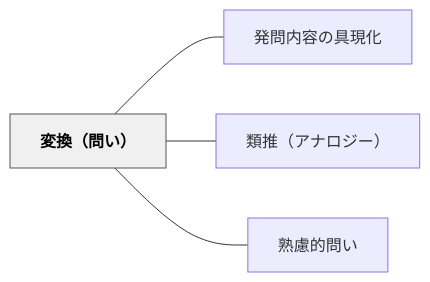
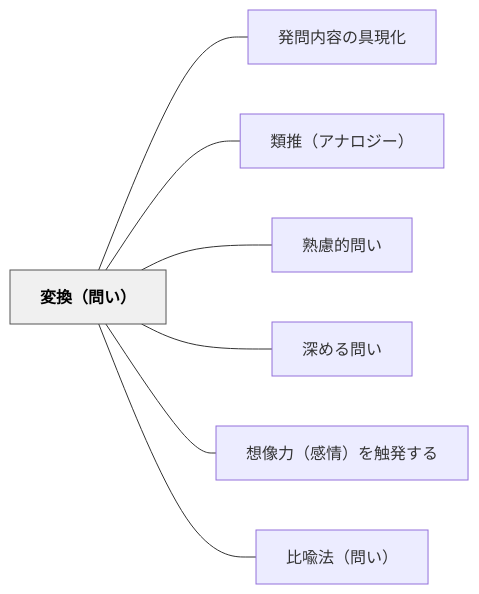
One commit to unknownthings-ed-patterns/unknownthings-ed-patterns changed the diagram in content/パタン/変換（問い）.md. Above: the diagram before and after it, drawn with Mermaid. The commit also changed other lines of this file and 71 other files, not shown here.

````diff
--- a/content/パタン/変換（問い）.md
+++ b/content/パタン/変換（問い）.md
@@ -46,14 +49,20 @@
 ```mermaid
 flowchart LR
     ne5a489e68f9befbc88e5958fe38184efbc89["変換（問い）"]
     ne799bae5958fe58685e5aeb9e381aee585b7e78fbee58c96["発問内容の具現化"]
     ne9a19ee68ea8efbc88e382a2e3838ae383ade382b8e383bcefbc89["類推（アナロジー）"]
     ne7869fe685aee79a84e5958fe38184["熟慮的問い"]
+    ne6b7b1e38281e3828be5958fe38184["深める問い"]
+    ne683b3e5838fe58a9befbc88e6849fe68385efbc89e38292e8a7a6e799bae38199e3828b["想像力（感情）を触発する"]
+    ne6af94e596a9e6b395efbc88e5958fe38184efbc89["比喩法（問い）"]
 
     ne5a489e68f9befbc88e5958fe38184efbc89 --- ne799bae5958fe58685e5aeb9e381aee585b7e78fbee58c96
     ne5a489e68f9befbc88e5958fe38184efbc89 --- ne9a19ee68ea8efbc88e382a2e3838ae383ade382b8e383bcefbc89
     ne5a489e68f9befbc88e5958fe38184efbc89 --- ne7869fe685aee79a84e5958fe38184
+    ne5a489e68f9befbc88e5958fe38184efbc89 --- ne6b7b1e38281e3828be5958fe38184
+    ne5a489e68f9befbc88e5958fe38184efbc89 --- ne683b3e5838fe58a9befbc88e6849fe68385efbc89e38292e8a7a6e799bae38199e3828b
+    ne5a489e68f9befbc88e5958fe38184efbc89 --- ne6af94e596a9e6b395efbc88e5958fe38184efbc89
 
     classDef hub fill:#f0f0f0,stroke:#555,color:#000,font-weight:bold
     class ne5a489e68f9befbc88e5958fe38184efbc89 hub
 ```
````
